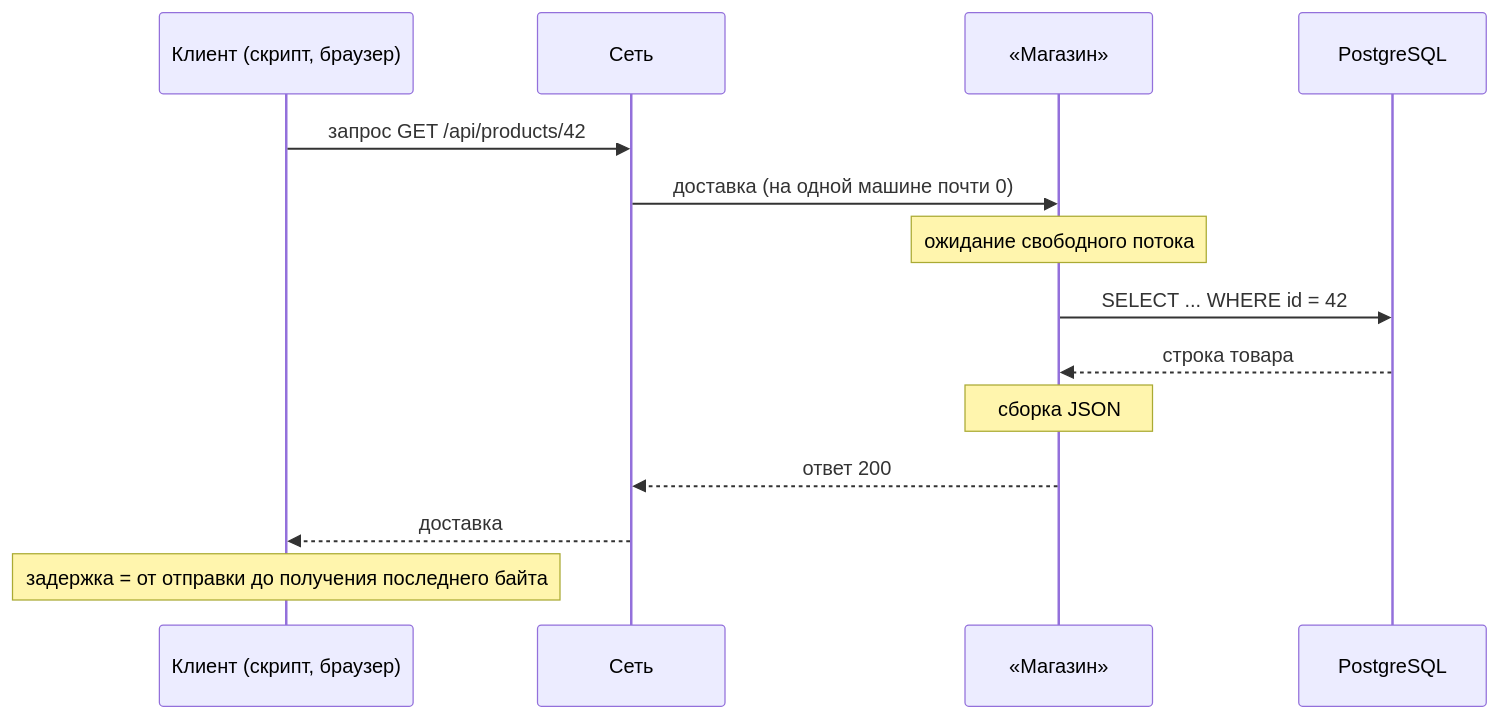
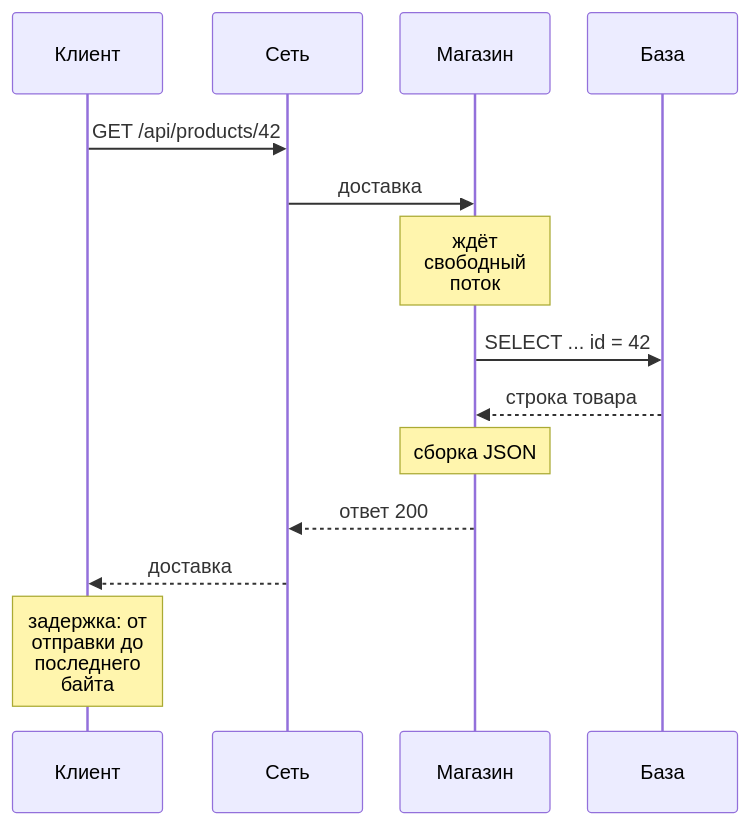
The first of 3 diagrams in 08-perf-theory/01-latency-throughput.md (distinguished-sre/load-tester), drawn with Mermaid before and after one commit. The commit also changed other lines of this file and 6 other files, not shown here.

First line of the commit message:
Виджеты и схемы переделаны по отзыву: автостарт, объяснения, подсказки при наведении

````diff
--- a/08-perf-theory/01-latency-throughput.md
+++ b/08-perf-theory/01-latency-throughput.md
@@ -30,16 +30,17 @@
 ```mermaid
+%%{init: {"sequence": {"actorMargin": 30, "width": 120, "wrap": true}}}%%
 sequenceDiagram
-    participant К as Клиент (скрипт, браузер)
+    participant К as Клиент
     participant С as Сеть
-    participant М as «Магазин»
-    participant Б as PostgreSQL
-    К->>С: запрос GET /api/products/42
-    С->>М: доставка (на одной машине почти 0)
-    Note over М: ожидание свободного потока
-    М->>Б: SELECT ... WHERE id = 42
+    participant М as Магазин
+    participant Б as База
+    К->>С: GET /api/products/42
+    С->>М: доставка
+    Note over М: ждёт свободный поток
+    М->>Б: SELECT ... id = 42
     Б-->>М: строка товара
     Note over М: сборка JSON
     М-->>С: ответ 200
     С-->>К: доставка
-    Note over К: задержка = от отправки до получения последнего байта
+    Note over К: задержка: от отправки до последнего байта
 ```
````
